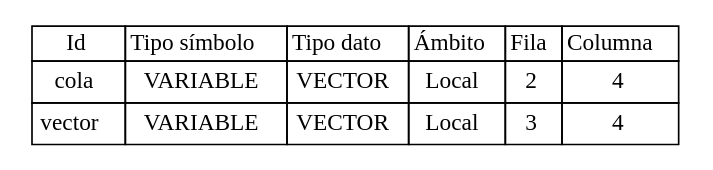
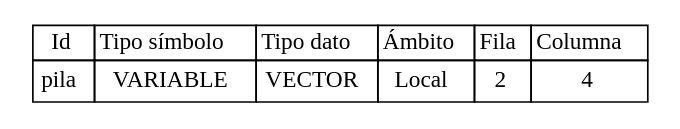
One commit to Jodyannre/COMPI2_proyecto2_2022 changed the diagram in Back/Web/tablas/tablaSimbolos.dot. Above: the diagram before and after it, drawn with Graphviz. The commit also changed 14 other files, not shown here.

```diff
--- a/Back/Web/tablas/tablaSimbolos.dot
+++ b/Back/Web/tablas/tablaSimbolos.dot
@@ -1,54 +1,36 @@
 
 	digraph {
 		tablaSimbolos [
 		  shape=plaintext
 		  label=<
 			<table border='0' cellborder='1' color='black' cellspacing='0'>
 			  <tr>
 				  <td>Id</td>
 				  <td>Tipo símbolo</td>
 				  <td>Tipo dato</td>
 				  <td>Ámbito</td>
 				  <td>Fila</td>
 				  <td>Columna</td>
 			  </tr>
 	
 <tr>
 <td cellpadding='4'>
-cola
+pila
 </td>
 <td cellpadding='4'>VARIABLE
 </td>
 <td cellpadding='4'>VECTOR
 </td>
 <td cellpadding='4'>Local
 </td>
 <td cellpadding='4'>
 2
 </td>
 <td cellpadding='4'>
 4
 </td>
 </tr>
 
-<tr>
-<td cellpadding='4'>
-vector
-</td>
-<td cellpadding='4'>VARIABLE
-</td>
-<td cellpadding='4'>VECTOR
-</td>
-<td cellpadding='4'>Local
-</td>
-<td cellpadding='4'>
-3
-</td>
-<td cellpadding='4'>
-4
-</td>
-</tr>
-
 		</table>
 		>];
 	}
```
